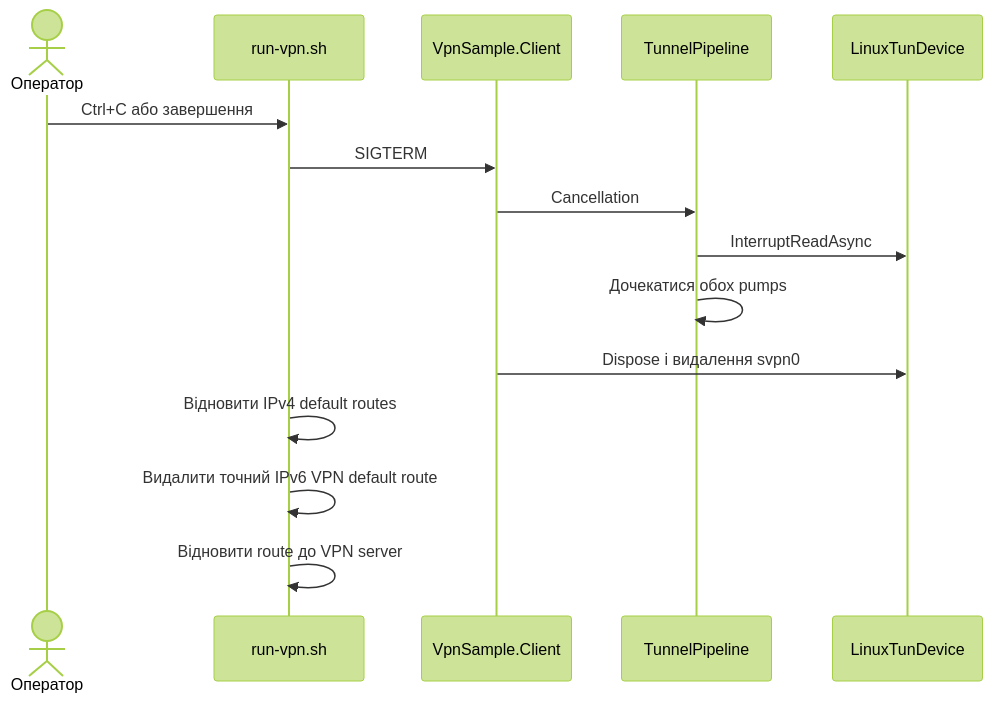
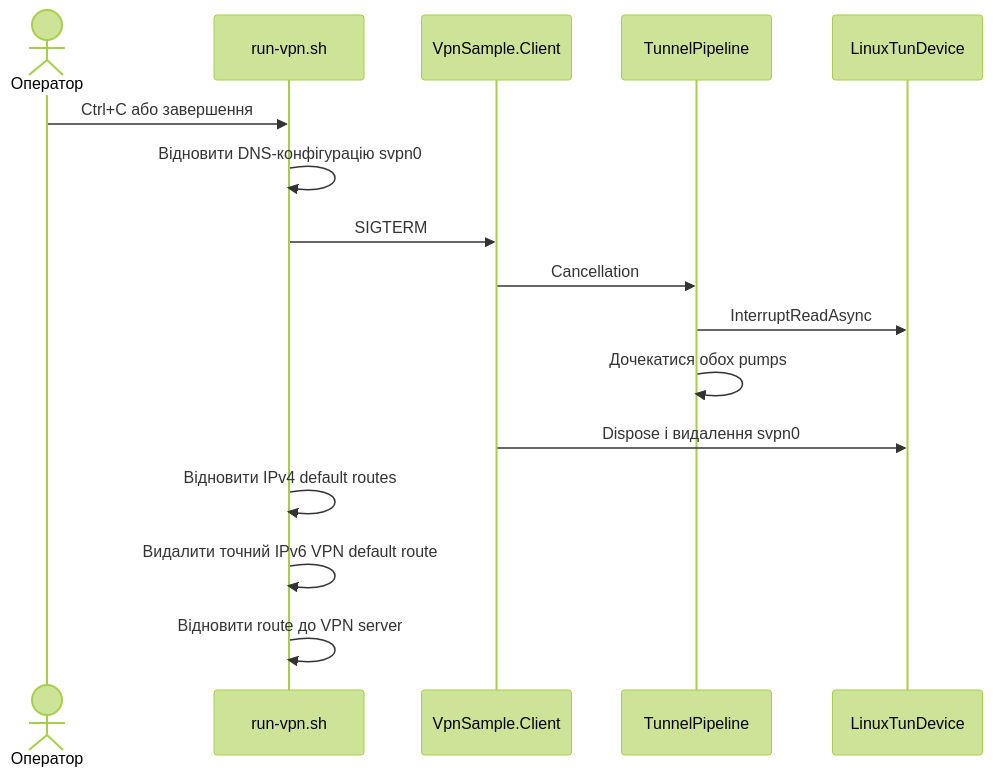
Before and after one commit to podkolzzzin/VPNSample: the seventh of 7 diagrams in ARCHITECTURE.md, drawn with Mermaid (forest theme). The commit also changed other lines of this file and 29 other files, not shown here.

````diff
--- a/ARCHITECTURE.md
+++ b/ARCHITECTURE.md
@@ -238,18 +265,19 @@
 ```mermaid
 sequenceDiagram
     actor User as Оператор
     participant Run as run-vpn.sh
     participant Client as VpnSample.Client
     participant Protocol as TunnelPipeline
     participant Tun as LinuxTunDevice
 
     User->>Run: Ctrl+C або завершення
+    Run->>Run: Відновити DNS-конфігурацію svpn0
     Run->>Client: SIGTERM
     Client->>Protocol: Cancellation
     Protocol->>Tun: InterruptReadAsync
     Protocol->>Protocol: Дочекатися обох pumps
     Client->>Tun: Dispose і видалення svpn0
     Run->>Run: Відновити IPv4 default routes
     Run->>Run: Видалити точний IPv6 VPN default route
     Run->>Run: Відновити route до VPN server
 ```
````
